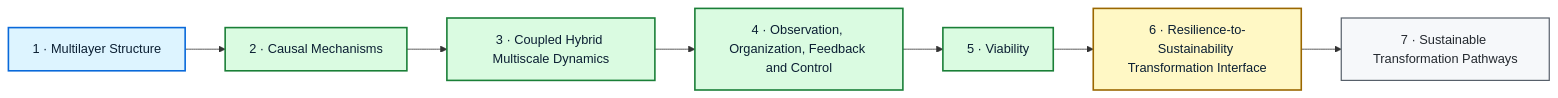
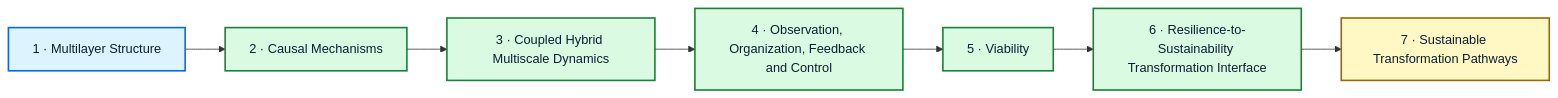
One commit to Dosust/MSE-thesis changed the diagram in project/CANONICAL_7_STAGE_FRAMEWORK.md. Above: the diagram before and after it, drawn with Mermaid. The commit also changed other lines of this file, not shown here.

Commit message:
Freeze Stage 6 and advance Stage 7 to deep research

````diff
--- a/project/CANONICAL_7_STAGE_FRAMEWORK.md
+++ b/project/CANONICAL_7_STAGE_FRAMEWORK.md
@@ -44,19 +47,17 @@
 ```mermaid
 flowchart LR
     S1["1 · Multilayer Structure"] --> S2["2 · Causal Mechanisms"]
     S2 --> S3["3 · Coupled Hybrid Multiscale Dynamics"]
     S3 --> S4["4 · Observation, Organization, Feedback and Control"]
     S4 --> S5["5 · Viability"]
     S5 --> S6["6 · Resilience-to-Sustainability Transformation Interface"]
     S6 --> S7["7 · Sustainable Transformation Pathways"]
 
     classDef canonical fill:#DDF4FF,stroke:#0969DA,color:#0B1F33,stroke-width:2px;
     classDef frozen fill:#DAFBE1,stroke:#1A7F37,color:#0B1F33,stroke-width:2px;
-    classDef next fill:#FFF8C5,stroke:#9A6700,color:#0B1F33,stroke-width:2px;
-    classDef downstream fill:#F6F8FA,stroke:#57606A,color:#24292F,stroke-width:1.5px;
+    classDef research fill:#FFF8C5,stroke:#9A6700,color:#0B1F33,stroke-width:2px;
 
     class S1 canonical;
-    class S2,S3,S4,S5 frozen;
-    class S6 next;
-    class S7 downstream;
+    class S2,S3,S4,S5,S6 frozen;
+    class S7 research;
 ```
````
